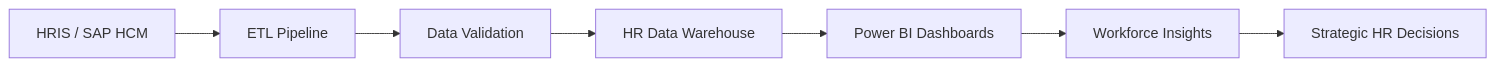
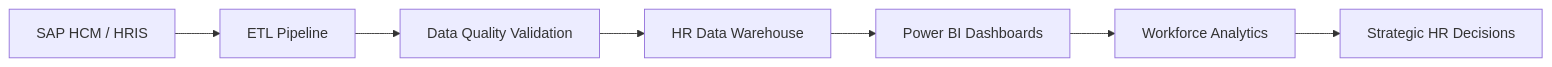
Before and after one commit to ItsBrisseth/ItsBrisseth: the diagram in README.md, drawn with Mermaid. The commit also changed other lines of this file, not shown here.

````diff
--- a/README.md
+++ b/README.md
@@ -69,15 +53,15 @@
 ```mermaid
 flowchart LR
 
-A[HRIS / SAP HCM] --> B[ETL Pipeline]
+A[SAP HCM / HRIS] --> B[ETL Pipeline]
 
-B --> C[Data Validation]
+B --> C[Data Quality Validation]
 
 C --> D[HR Data Warehouse]
 
 D --> E[Power BI Dashboards]
 
-E --> F[Workforce Insights]
+E --> F[Workforce Analytics]
 
 F --> G[Strategic HR Decisions]
 ```
````
